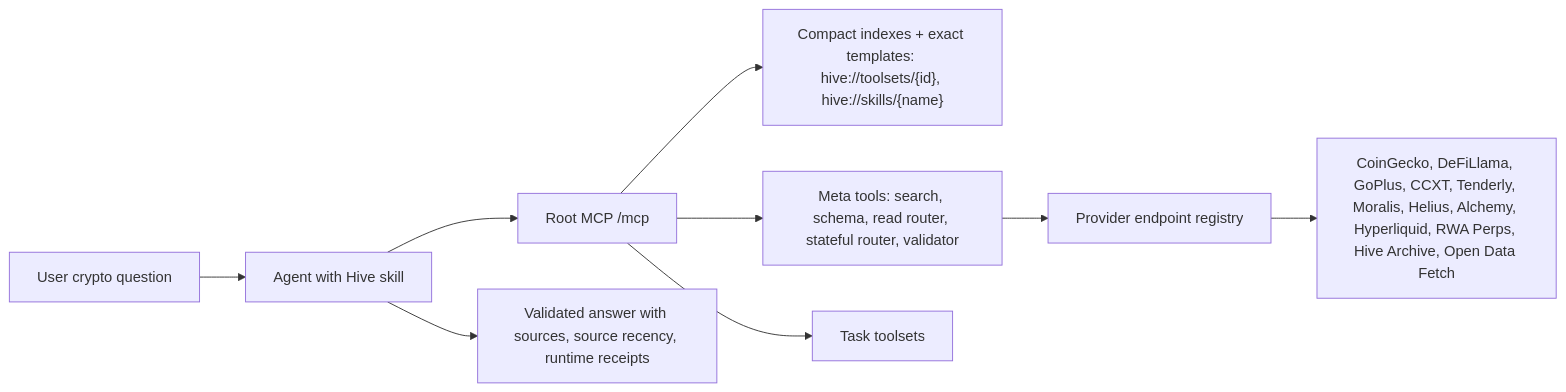
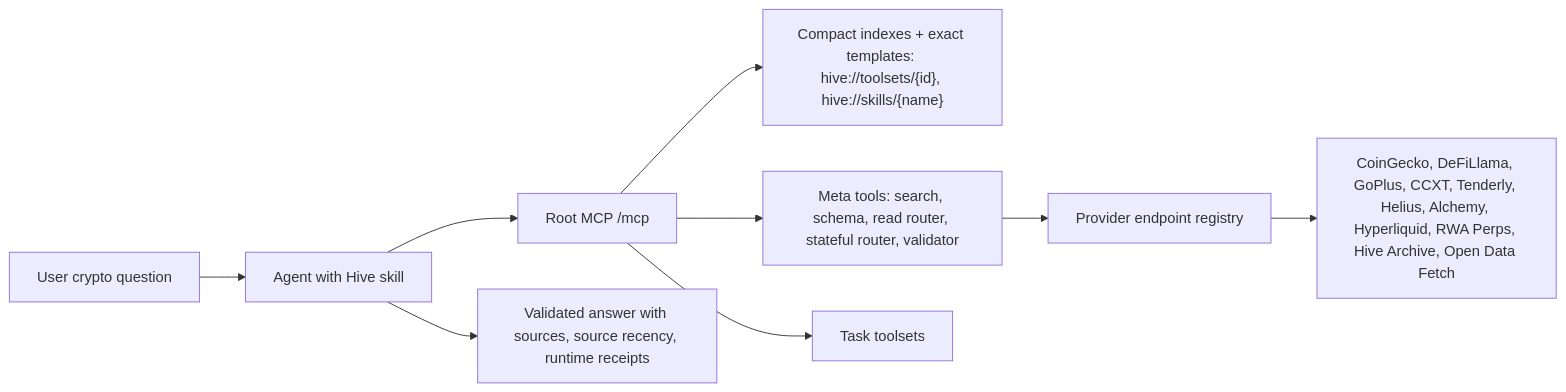
One commit to hive-intel/hive-sdk changed the diagram in skills/hive-query/references/root-mcp-workflow.md. Above: the diagram before and after it, drawn with Mermaid. The commit also changed 14 other files, not shown here.

````diff
--- a/skills/hive-query/references/root-mcp-workflow.md
+++ b/skills/hive-query/references/root-mcp-workflow.md
@@ -9,11 +9,11 @@
 ```mermaid
 flowchart LR
   User["User crypto question"] --> Agent["Agent with Hive skill"]
   Agent --> Root["Root MCP /mcp"]
   Root --> Resources["Compact indexes + exact templates: hive://toolsets/{id}, hive://skills/{name}"]
   Root --> MetaTools["Meta tools: search, schema, read router, stateful router, validator"]
   Root --> Toolsets["Task toolsets"]
   MetaTools --> Registry["Provider endpoint registry"]
-  Registry --> Providers["CoinGecko, DeFiLlama, GoPlus, CCXT, Tenderly, Moralis, Helius, Alchemy, Hyperliquid, RWA Perps, Hive Archive, Open Data Fetch"]
+  Registry --> Providers["CoinGecko, DeFiLlama, GoPlus, CCXT, Tenderly, Helius, Alchemy, Hyperliquid, RWA Perps, Hive Archive, Open Data Fetch"]
   Agent --> Answer["Validated answer with sources, source recency, runtime receipts"]
 ```
````
